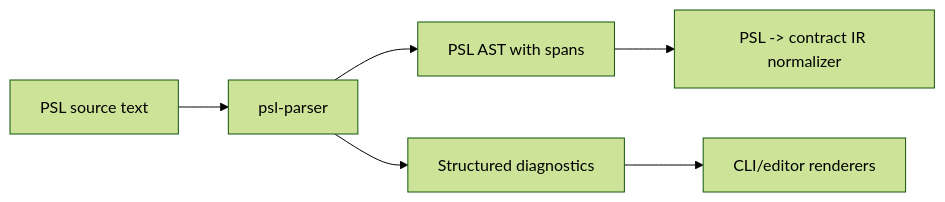
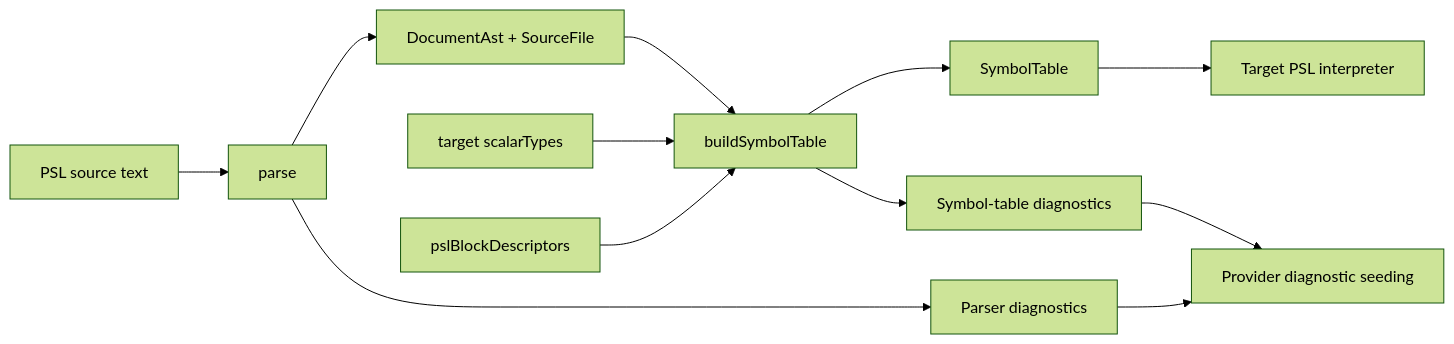
Before and after one commit to prisma/prisma-next: the diagram in packages/1-framework/2-authoring/psl-parser/README.md, drawn with Mermaid (forest theme). The commit also changed other lines of this file and 4 other files, not shown here.

Commit message:
fix(psl-parser): report duplicate fields

````diff
--- a/packages/1-framework/2-authoring/psl-parser/README.md
+++ b/packages/1-framework/2-authoring/psl-parser/README.md
@@ -85,8 +69,14 @@
 ```mermaid
 flowchart LR
-  PSL[PSL source text] --> Parser[psl-parser]
-  Parser --> AST[PSL AST with spans]
-  Parser --> Diagnostics[Structured diagnostics]
-  AST --> Normalizer[PSL -> contract IR normalizer]
-  Diagnostics --> CLI[CLI/editor renderers]
+  PSL[PSL source text] --> Parse[parse]
+  Parse --> CST[DocumentAst + SourceFile]
+  Parse --> ParseDiagnostics[Parser diagnostics]
+  CST --> Symbols[buildSymbolTable]
+  Scalars[target scalarTypes] --> Symbols
+  Descriptors[pslBlockDescriptors] --> Symbols
+  Symbols --> SymbolTable[SymbolTable]
+  Symbols --> SymbolDiagnostics[Symbol-table diagnostics]
+  SymbolTable --> Interpreter[Target PSL interpreter]
+  ParseDiagnostics --> Provider[Provider diagnostic seeding]
+  SymbolDiagnostics --> Provider
 ```
````
